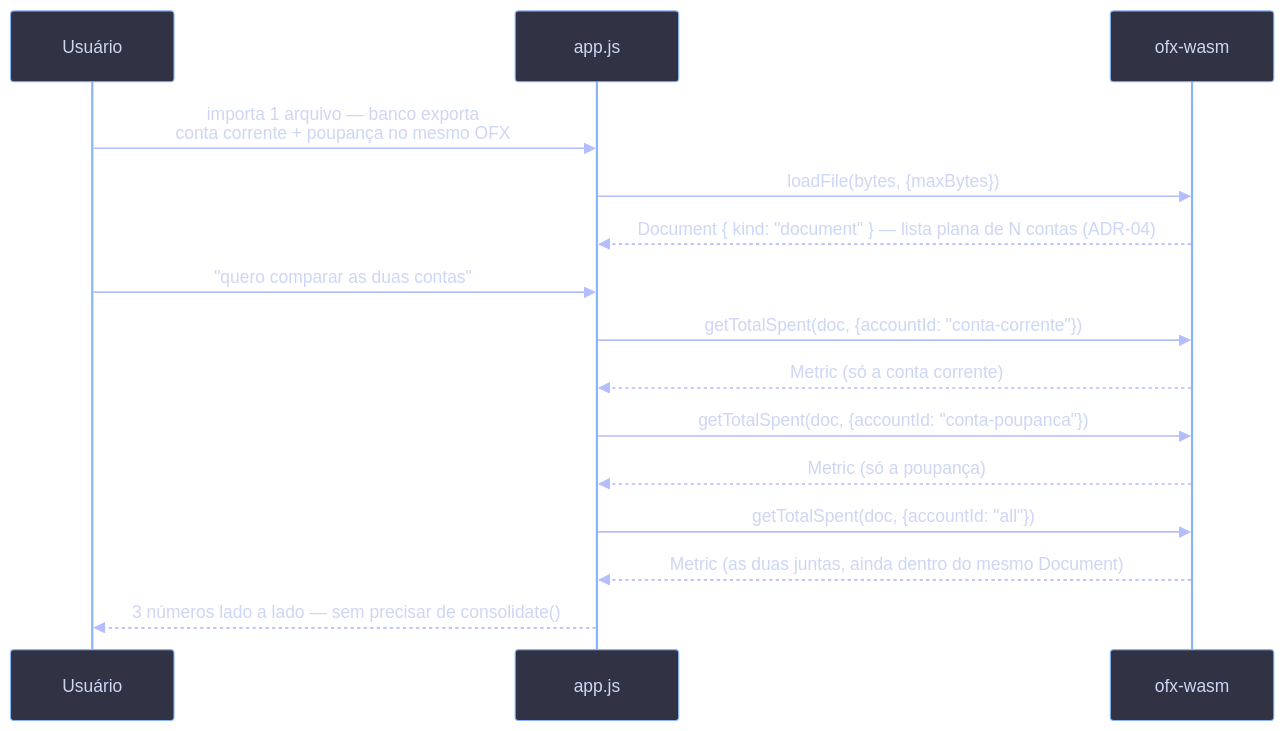
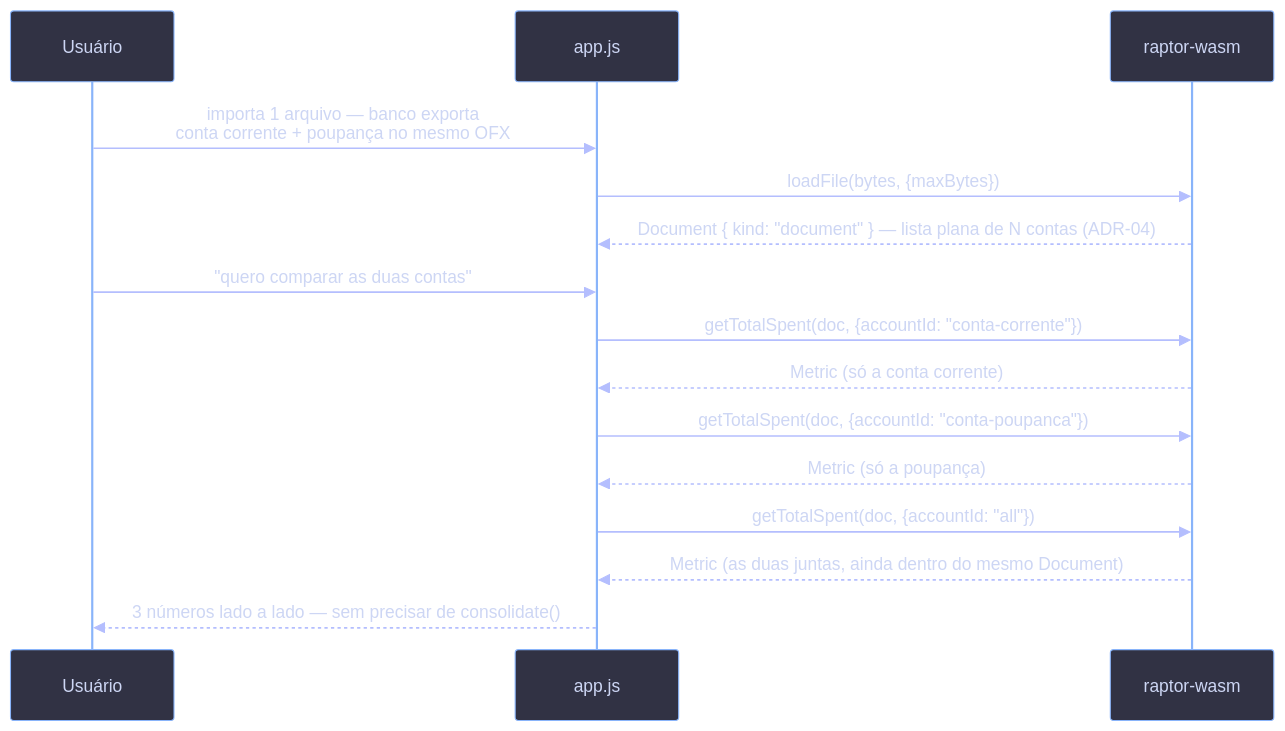
The ninth of 10 diagrams in docs/discovery-ofx-rust-wasm.md (fossio/raptor), drawn with Mermaid before and after one commit. The commit also changed other lines of this file and 19 other files, not shown here.

````diff
--- a/docs/discovery-ofx-rust-wasm.md
+++ b/docs/discovery-ofx-rust-wasm.md
@@ -748,19 +744,19 @@
 ```mermaid
 %%{init: {'theme':'base','themeVariables':{'background':'#1e1e2e','primaryColor':'#313244','primaryTextColor':'#cdd6f4','primaryBorderColor':'#89b4fa','lineColor':'#b4befe','actorBkg':'#313244','actorBorder':'#89b4fa','actorTextColor':'#cdd6f4','signalColor':'#b4befe','signalTextColor':'#cdd6f4','labelBoxBkgColor':'#181825','labelBoxBorderColor':'#585b70','noteBkgColor':'#45475a','noteTextColor':'#cdd6f4','fontFamily':'monospace'}}}%%
 sequenceDiagram
     participant U as Usuário
     participant JS as app.js
-    participant W as ofx-wasm
+    participant W as raptor-wasm
 
     U->>JS: importa 1 arquivo — banco exporta<br/>conta corrente + poupança no mesmo OFX
     JS->>W: loadFile(bytes, {maxBytes})
     W-->>JS: Document { kind: "document" } — lista plana de N contas (ADR-04)
     U->>JS: "quero comparar as duas contas"
     JS->>W: getTotalSpent(doc, {accountId: "conta-corrente"})
     W-->>JS: Metric (só a conta corrente)
     JS->>W: getTotalSpent(doc, {accountId: "conta-poupanca"})
     W-->>JS: Metric (só a poupança)
     JS->>W: getTotalSpent(doc, {accountId: "all"})
     W-->>JS: Metric (as duas juntas, ainda dentro do mesmo Document)
     JS-->>U: 3 números lado a lado — sem precisar de consolidate()
 ```
````
